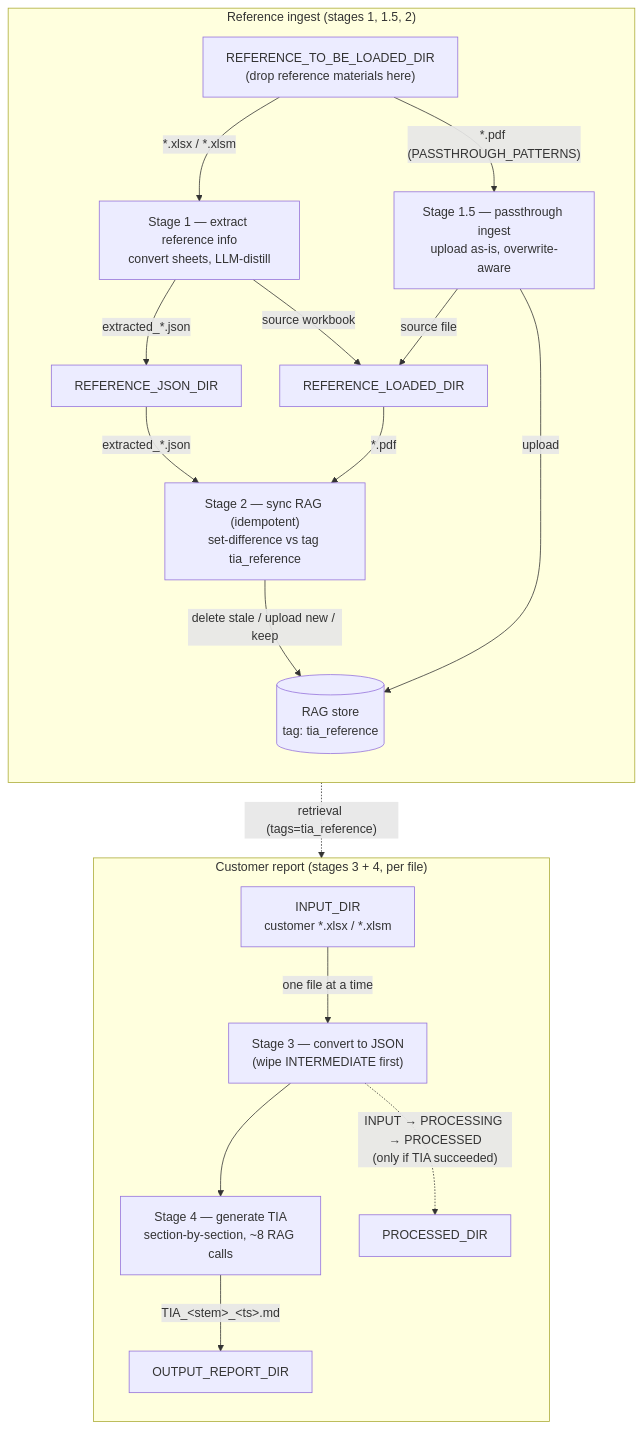
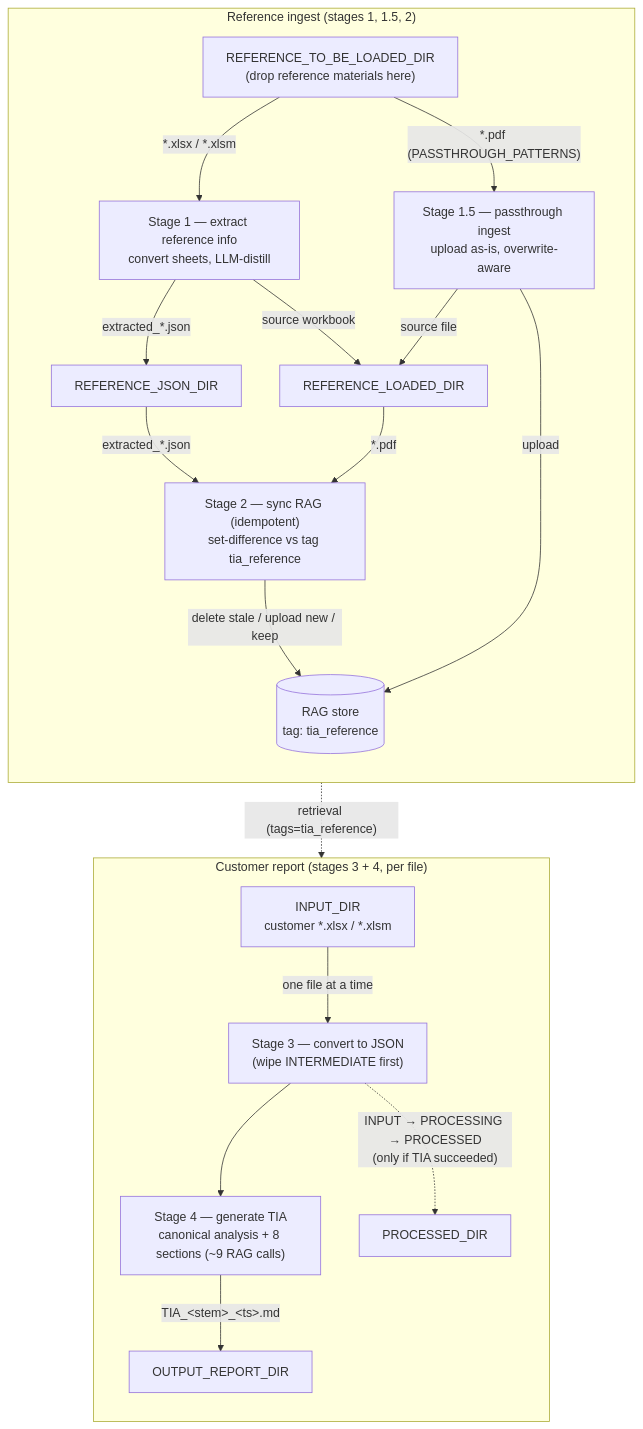
The diagram in README.md (alfredlauyongfu/OnlineTIA), drawn with Mermaid before and after one commit. The commit also changed other lines of this file and 2 other files, not shown here.

````diff
--- a/README.md
+++ b/README.md
@@ -16,27 +16,27 @@
 ```mermaid
 flowchart TD
     subgraph REF["Reference ingest (stages 1, 1.5, 2)"]
         direction TB
         TBL["REFERENCE_TO_BE_LOADED_DIR<br/>(drop reference materials here)"]
         TBL -->|"*.xlsx / *.xlsm"| S1["Stage 1 — extract reference info<br/>convert sheets, LLM-distill"]
         TBL -->|"*.pdf (PASSTHROUGH_PATTERNS)"| S15["Stage 1.5 — passthrough ingest<br/>upload as-is, overwrite-aware"]
         S1 -->|"extracted_*.json"| RJ["REFERENCE_JSON_DIR"]
         S1 -->|"source workbook"| RL["REFERENCE_LOADED_DIR"]
         S15 -->|"source file"| RL
         RJ -->|"extracted_*.json"| S2["Stage 2 — sync RAG (idempotent)<br/>set-difference vs tag tia_reference"]
         RL -->|"*.pdf"| S2
         S15 -->|"upload"| RAG[("RAG store<br/>tag: tia_reference")]
         S2 -->|"delete stale / upload new / keep"| RAG
     end
 
     subgraph CUST["Customer report (stages 3 + 4, per file)"]
         direction TB
         IN["INPUT_DIR<br/>customer *.xlsx / *.xlsm"]
         IN -->|"one file at a time"| S3["Stage 3 — convert to JSON<br/>(wipe INTERMEDIATE first)"]
-        S3 --> S4["Stage 4 — generate TIA<br/>section-by-section, ~8 RAG calls"]
+        S3 --> S4["Stage 4 — generate TIA<br/>canonical analysis + 8 sections (~9 RAG calls)"]
         S4 -->|"TIA_&lt;stem&gt;_&lt;ts&gt;.md"| OUT["OUTPUT_REPORT_DIR"]
         S3 -.->|"INPUT → PROCESSING → PROCESSED<br/>(only if TIA succeeded)"| PROC["PROCESSED_DIR"]
     end
 
     RAG -. "retrieval (tags=tia_reference)" .-> S4
 ```
````
